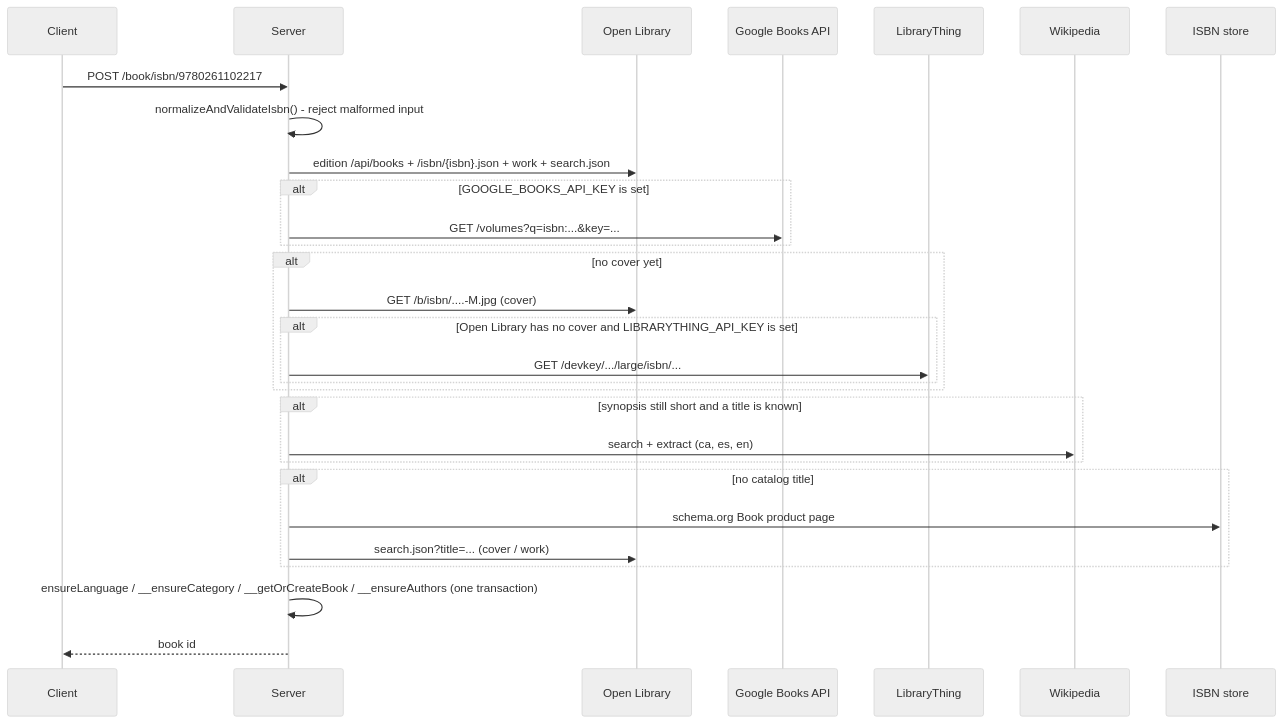
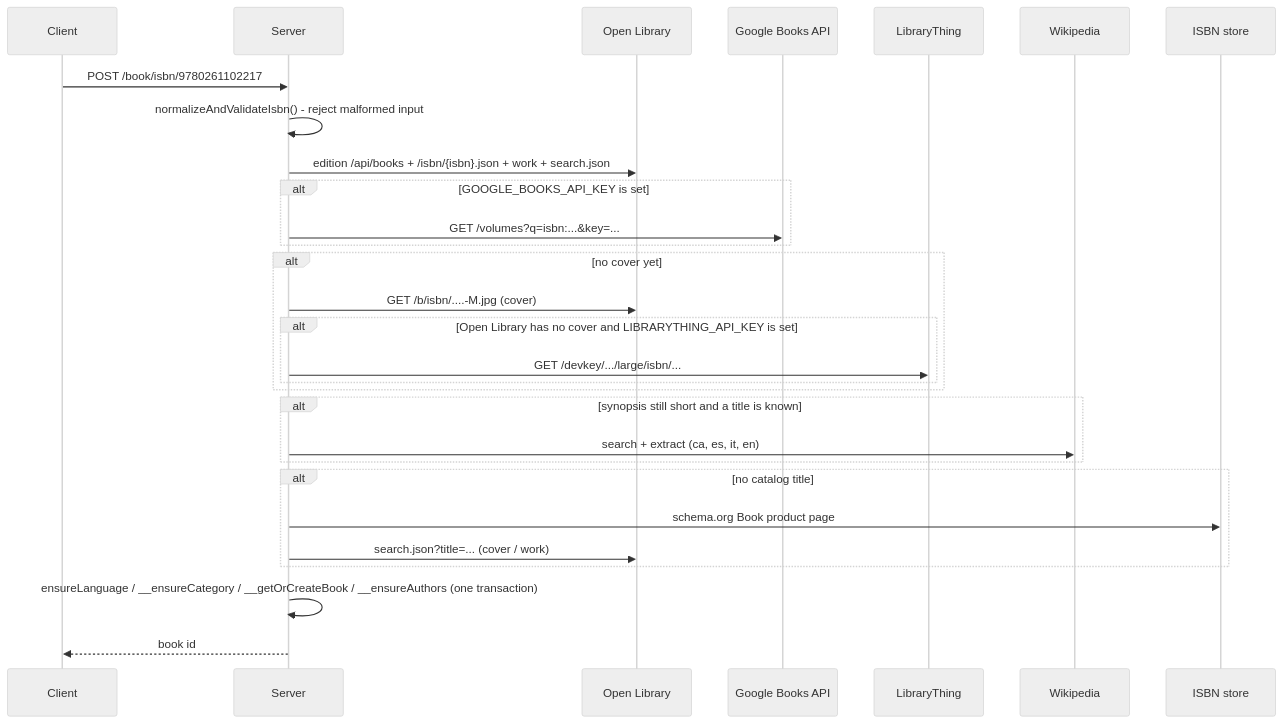
One commit to AlbertAmat/vaultisse changed the second of 2 diagrams in docs/BOOKS.md. Above: the diagram before and after it, drawn with Mermaid (neutral theme). The commit also changed other lines of this file and 1 other file, not shown here.

Commit message:
🐛 fix: add Italian to the Wikipedia synopsis/cover fallback languages

````diff
--- a/docs/BOOKS.md
+++ b/docs/BOOKS.md
@@ -70,32 +70,32 @@
 ```mermaid
 sequenceDiagram
     participant Client
     participant Server
     participant OL as Open Library
     participant Google as Google Books API
     participant LT as LibraryThing
     participant Wiki as Wikipedia
     participant Store as ISBN store
 
     Client->>Server: POST /book/isbn/9780261102217
     Server->>Server: normalizeAndValidateIsbn() - reject malformed input
     Server->>OL: edition /api/books + /isbn/{isbn}.json + work + search.json
     alt GOOGLE_BOOKS_API_KEY is set
         Server->>Google: GET /volumes?q=isbn:...&key=...
     end
     alt no cover yet
         Server->>OL: GET /b/isbn/....-M.jpg (cover)
         alt Open Library has no cover and LIBRARYTHING_API_KEY is set
             Server->>LT: GET /devkey/.../large/isbn/...
         end
     end
     alt synopsis still short and a title is known
-        Server->>Wiki: search + extract (ca, es, en)
+        Server->>Wiki: search + extract (ca, es, it, en)
     end
     alt no catalog title
         Server->>Store: schema.org Book product page
         Server->>OL: search.json?title=... (cover / work)
     end
     Server->>Server: ensureLanguage / __ensureCategory / __getOrCreateBook / __ensureAuthors (one transaction)
     Server-->>Client: book id
 ```
````
